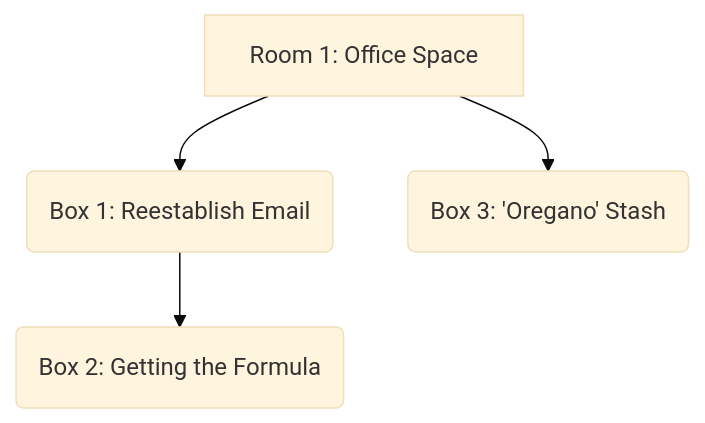
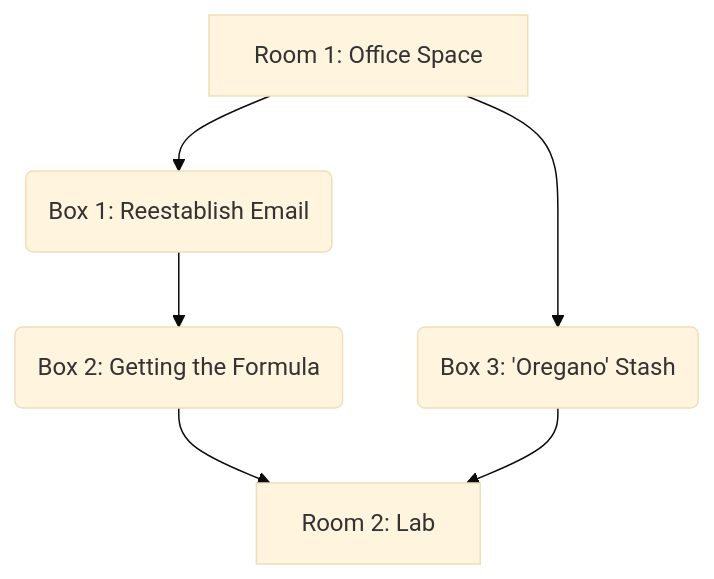
The diagram in content/rooms/virus/index.md (open-sesame-escape/open-sesame-escape.github.io), drawn with Mermaid (base theme) before and after one commit. The commit also changed other lines of this file, not shown here.

Commit message:
Virus room doctor lab puzzle

```diff
--- a/content/rooms/virus/index.md
+++ b/content/rooms/virus/index.md
@@ -139,5 +188,6 @@
 {{< mermaid align="center" >}}
 graph TB;
   R1[Room 1: Office Space] --> B1(Box 1: Reestablish Email) & B3(Box 3: 'Oregano' Stash)
   B1(Box 1: Reestablish Email) --> B2(Box 2: Getting the Formula)
+  B2(Box 2: Getting the Formula) & B3(Box 3: 'Oregano' Stash) --> R2[Room 2: Lab]
 {{< /mermaid >}}
```
